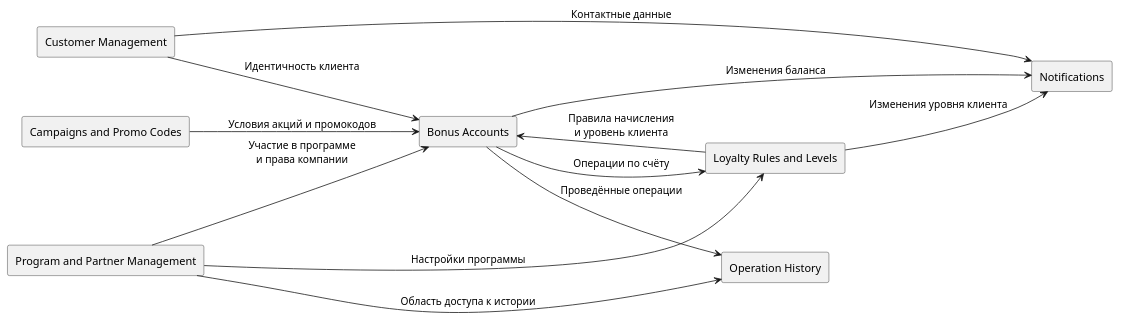
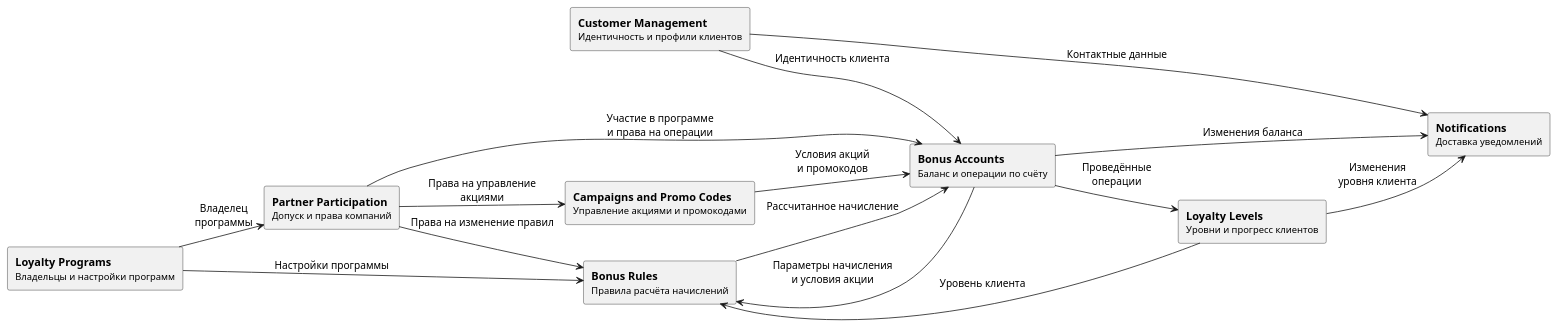
Before and after one commit to Andryss/MicroservicesLab1: the first of 3 diagrams in docs/decomposition.md, drawn with PlantUML. The commit also changed other lines of this file and 2 other files, not shown here.

Commit message:
docs: refine domain boundaries on the context map

````diff
--- a/docs/decomposition.md
+++ b/docs/decomposition.md
@@ -41,25 +37,31 @@
 ```plantuml
 @startuml ContextMap
 left to right direction
+skinparam ranksep 28
+skinparam nodesep 42
 
-rectangle "Customer Management" as customers
-rectangle "Program and Partner Management" as programs
-rectangle "Bonus Accounts" as accounts
-rectangle "Loyalty Rules and Levels" as loyalty
-rectangle "Campaigns and Promo Codes" as campaigns
-rectangle "Notifications" as notifications
-rectangle "Operation History" as history
+rectangle "**Customer Management**\n<size:12>Идентичность и профили клиентов</size>" as customers
+rectangle "**Loyalty Programs**\n<size:12>Владельцы и настройки программ</size>" as programs
+rectangle "**Partner Participation**\n<size:12>Допуск и права компаний</size>" as partners
+rectangle "**Bonus Accounts**\n<size:12>Баланс и операции по счёту</size>" as accounts
+rectangle "**Bonus Rules**\n<size:12>Правила расчёта начислений</size>" as rules
+rectangle "**Loyalty Levels**\n<size:12>Уровни и прогресс клиентов</size>" as levels
+rectangle "**Campaigns and Promo Codes**\n<size:12>Управление акциями и промокодами</size>" as campaigns
+rectangle "**Notifications**\n<size:12>Доставка уведомлений</size>" as notifications
 
 customers --> accounts : Идентичность клиента
 customers --> notifications : Контактные данные
-programs --> accounts : Участие в программе\nи права компании
-programs --> history : Область доступа к истории
-programs --> loyalty : Настройки программы
-campaigns --> accounts : Условия акций и промокодов
-loyalty --> accounts : Правила начисления\nи уровень клиента
-accounts --> loyalty : Операции по счёту
-accounts --> history : Проведённые операции
+programs -down-> partners : Владелец\nпрограммы
+programs --> rules : Настройки программы
+partners --> accounts : Участие в программе\nи права на операции
+partners --> rules : Права на изменение правил
+partners --> campaigns : Права на управление\nакциями
+campaigns --> accounts : Условия акций\nи промокодов
+accounts -left-> rules : Параметры начисления\nи условия акции
+rules -right-> accounts : Рассчитанное начисление
+accounts --> levels : Проведённые\nоперации
+levels --> rules : Уровень клиента
 accounts --> notifications : Изменения баланса
-loyalty --> notifications : Изменения уровня клиента
+levels --> notifications : Изменения\nуровня клиента
 @enduml
 ```
````
